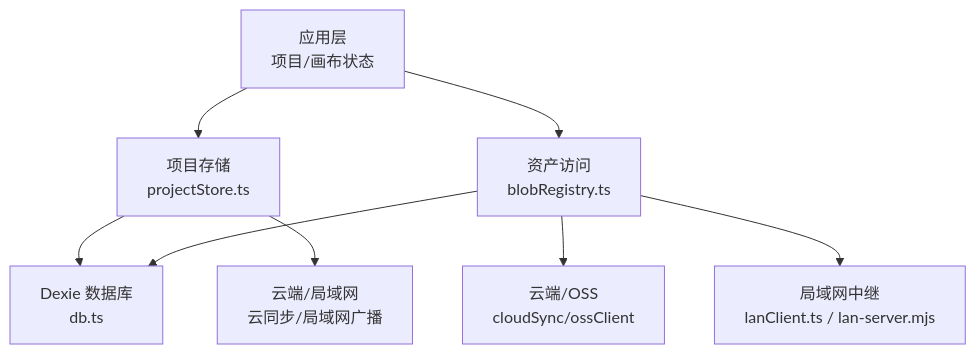
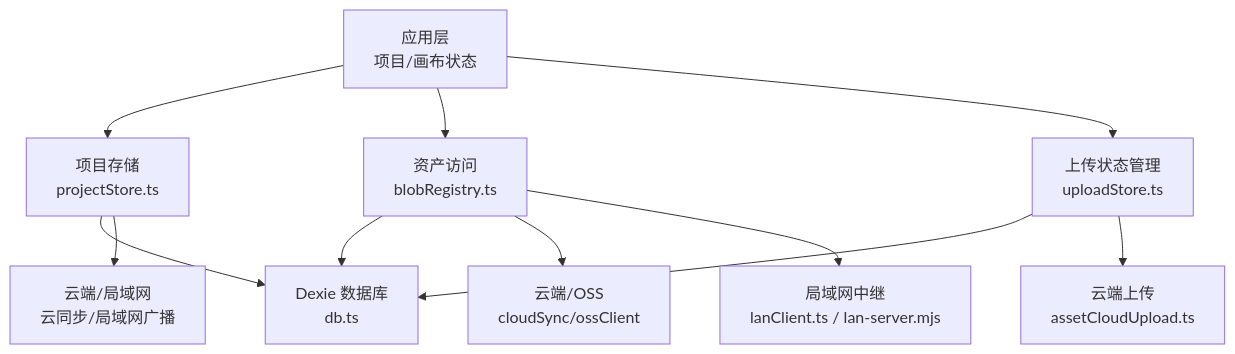
The first of 10 diagrams in .qoder/repowiki/zh/content/数据持久化/IndexedDB 存储.md (suqi-bot/SuQCanvas), drawn with Mermaid before and after one commit. The commit also changed other lines of this file and 69 other files, not shown here.

````diff
--- a/.qoder/repowiki/zh/content/数据持久化/IndexedDB 存储.md
+++ b/.qoder/repowiki/zh/content/数据持久化/IndexedDB 存储.md
@@ -43,10 +58,13 @@
 ```mermaid
 graph TB
 A["应用层<br/>项目/画布状态"] --> B["项目存储<br/>projectStore.ts"]
 A --> C["资产访问<br/>blobRegistry.ts"]
-B --> D["Dexie 数据库<br/>db.ts"]
-C --> D
-C --> E["云端/OSS<br/>cloudSync/ossClient"]
-C --> F["局域网中继<br/>lanClient.ts / lan-server.mjs"]
-B --> G["云端/局域网<br/>云同步/局域网广播"]
+A --> D["上传状态管理<br/>uploadStore.ts"]
+B --> E["Dexie 数据库<br/>db.ts"]
+C --> E
+D --> E
+C --> F["云端/OSS<br/>cloudSync/ossClient"]
+C --> G["局域网中继<br/>lanClient.ts / lan-server.mjs"]
+D --> H["云端上传<br/>assetCloudUpload.ts"]
+B --> I["云端/局域网<br/>云同步/局域网广播"]
 ```
````
